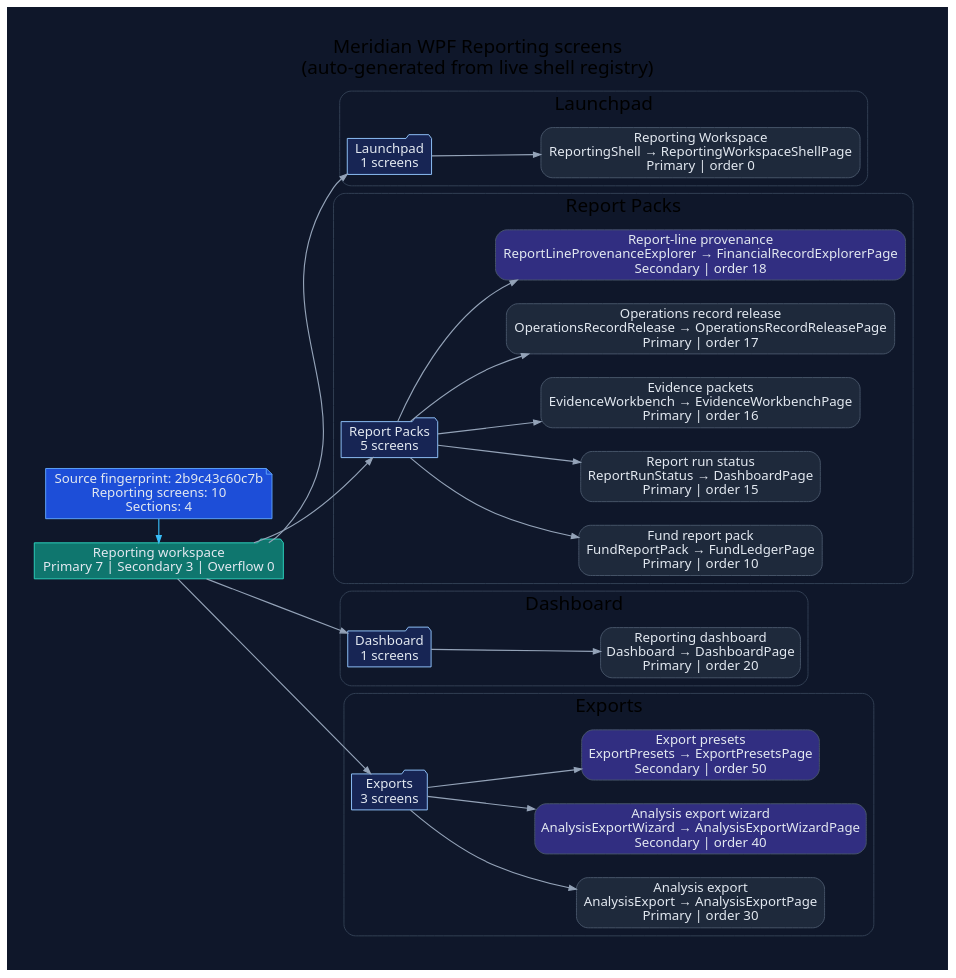
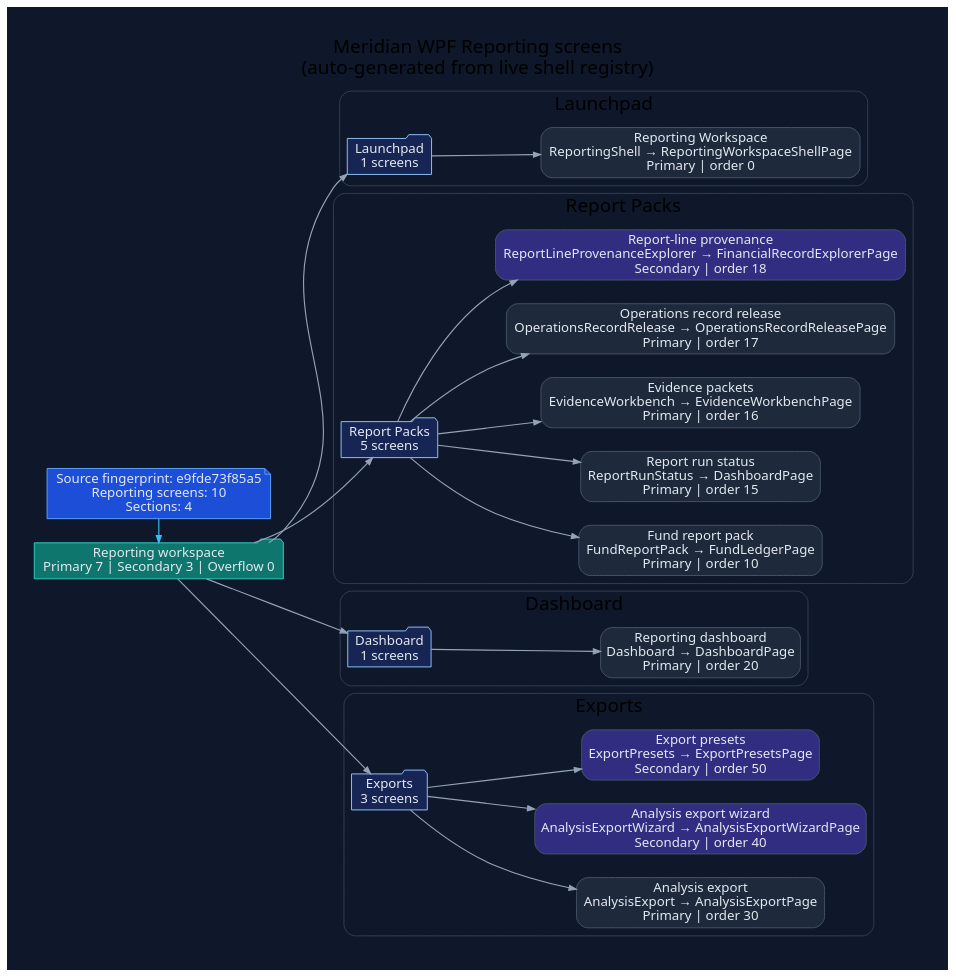
One commit to rodoHasArrived/Meridian-main changed the diagram in docs/diagrams/ui/ui-wpf-screens-reporting.dot. Above: the diagram before and after it, drawn with Graphviz. The commit also changed 69 other files, not shown here.

Commit message:
Reject mixed close versions and refresh generated schema evidence

```diff
--- a/docs/diagrams/ui/ui-wpf-screens-reporting.dot
+++ b/docs/diagrams/ui/ui-wpf-screens-reporting.dot
@@ -1,78 +1,78 @@
 // -----------------------------------------------------------------------------
 // <auto-generated>
 // Generated by scripts/generate-diagrams.mjs.
 // Do not edit this file directly; update the WPF source files instead.
 // -----------------------------------------------------------------------------
 digraph WpfReportingScreens {
   graph [
     rankdir=LR,
     labelloc=t,
     label="Meridian WPF Reporting screens\n(auto-generated from live shell registry)",
     fontname="Segoe UI",
     fontsize=20,
     pad=0.4,
     nodesep=0.35,
     ranksep=0.85,
     bgcolor="#0f172a"
   ];
   node [fontname="Segoe UI", shape=box, style="rounded,filled", color="#475569", fontcolor="#e2e8f0", fillcolor="#1e293b"];
   edge [fontname="Segoe UI", color="#94a3b8", penwidth=1.2, arrowsize=0.75];
 
-  generated [shape=note, fillcolor="#1d4ed8", color="#60a5fa", label="Source fingerprint: 2b9c43c60c7b\nReporting screens: 10\nSections: 4"];
+  generated [shape=note, fillcolor="#1d4ed8", color="#60a5fa", label="Source fingerprint: e9fde73f85a5\nReporting screens: 10\nSections: 4"];
   workspace [shape=folder, fillcolor="#0f766e", color="#2dd4bf", label="Reporting workspace\nPrimary 7 | Secondary 3 | Overflow 0"];
   generated -> workspace [color="#38bdf8"];
 
   subgraph cluster_section_1 {
     label="Launchpad";
     color="#334155";
     style="rounded";
     section_1 [shape=folder, fillcolor="#172554", color="#93c5fd", label="Launchpad\n1 screens"];
     workspace -> section_1;
     screen_ReportingShell [fillcolor="#1e293b", label="Reporting Workspace\nReportingShell → ReportingWorkspaceShellPage\nPrimary | order 0"];
     section_1 -> screen_ReportingShell;
   }
 
   subgraph cluster_section_2 {
     label="Report Packs";
     color="#334155";
     style="rounded";
     section_2 [shape=folder, fillcolor="#172554", color="#93c5fd", label="Report Packs\n5 screens"];
     workspace -> section_2;
     screen_FundReportPack [fillcolor="#1e293b", label="Fund report pack\nFundReportPack → FundLedgerPage\nPrimary | order 10"];
     section_2 -> screen_FundReportPack;
     screen_ReportRunStatus [fillcolor="#1e293b", label="Report run status\nReportRunStatus → DashboardPage\nPrimary | order 15"];
     section_2 -> screen_ReportRunStatus;
     screen_EvidenceWorkbench [fillcolor="#1e293b", label="Evidence packets\nEvidenceWorkbench → EvidenceWorkbenchPage\nPrimary | order 16"];
     section_2 -> screen_EvidenceWorkbench;
     screen_OperationsRecordRelease [fillcolor="#1e293b", label="Operations record release\nOperationsRecordRelease → OperationsRecordReleasePage\nPrimary | order 17"];
     section_2 -> screen_OperationsRecordRelease;
     screen_ReportLineProvenanceExplorer [fillcolor="#312e81", label="Report-line provenance\nReportLineProvenanceExplorer → FinancialRecordExplorerPage\nSecondary | order 18"];
     section_2 -> screen_ReportLineProvenanceExplorer;
   }
 
   subgraph cluster_section_3 {
     label="Dashboard";
     color="#334155";
     style="rounded";
     section_3 [shape=folder, fillcolor="#172554", color="#93c5fd", label="Dashboard\n1 screens"];
     workspace -> section_3;
     screen_Dashboard [fillcolor="#1e293b", label="Reporting dashboard\nDashboard → DashboardPage\nPrimary | order 20"];
     section_3 -> screen_Dashboard;
   }
 
   subgraph cluster_section_4 {
     label="Exports";
     color="#334155";
     style="rounded";
     section_4 [shape=folder, fillcolor="#172554", color="#93c5fd", label="Exports\n3 screens"];
     workspace -> section_4;
     screen_AnalysisExport [fillcolor="#1e293b", label="Analysis export\nAnalysisExport → AnalysisExportPage\nPrimary | order 30"];
     section_4 -> screen_AnalysisExport;
     screen_AnalysisExportWizard [fillcolor="#312e81", label="Analysis export wizard\nAnalysisExportWizard → AnalysisExportWizardPage\nSecondary | order 40"];
     section_4 -> screen_AnalysisExportWizard;
     screen_ExportPresets [fillcolor="#312e81", label="Export presets\nExportPresets → ExportPresetsPage\nSecondary | order 50"];
     section_4 -> screen_ExportPresets;
   }
 
   { rank=min; generated; workspace; }
 }
```
